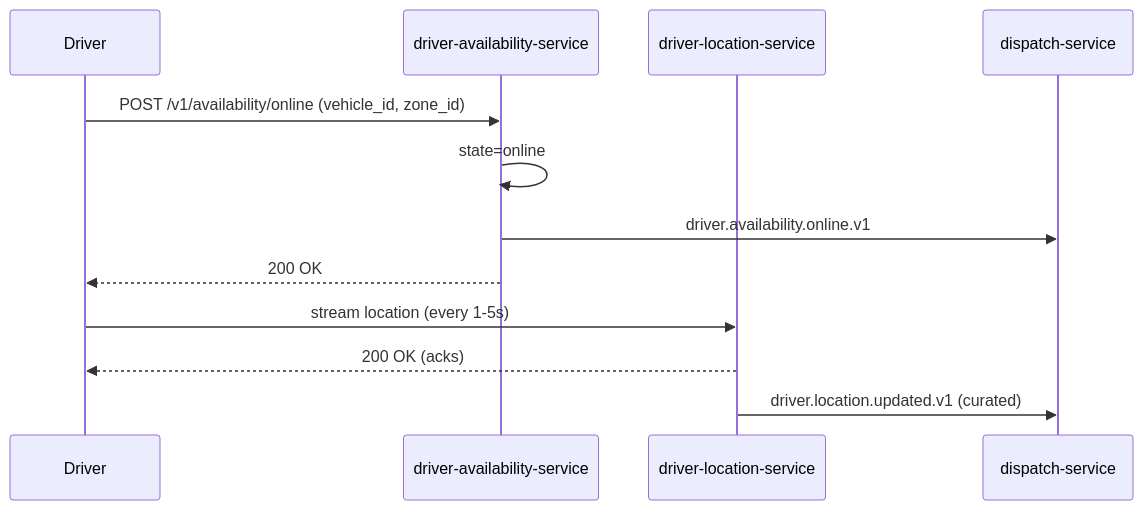
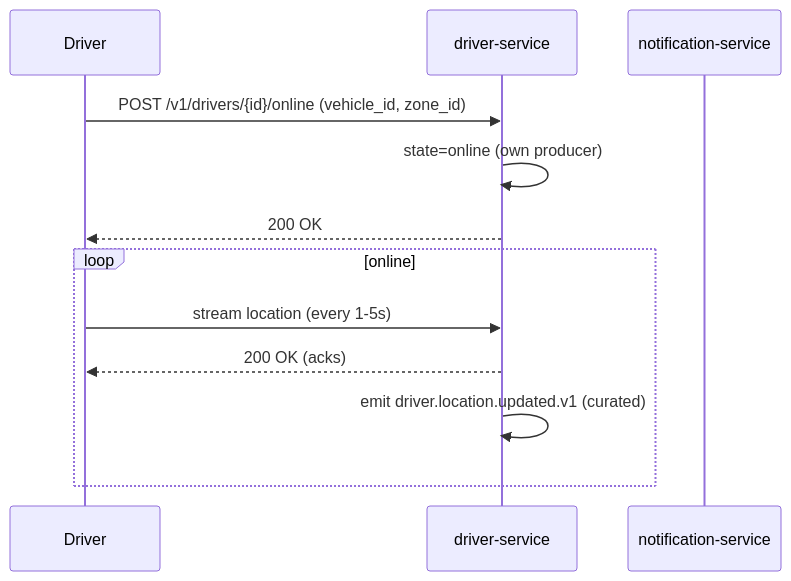
Before and after one commit to mohamedhabibwork/trips-enjoy-docs: the fourth of 14 diagrams in docs/workflows/RIDE_WORKFLOWS.md, drawn with Mermaid. The commit also changed other lines of this file and 525 other files, not shown here.

````diff
--- a/docs/workflows/RIDE_WORKFLOWS.md
+++ b/docs/workflows/RIDE_WORKFLOWS.md
@@ -100,15 +96,15 @@
 ```mermaid
 sequenceDiagram
     participant DR as Driver
-    participant DA as driver-availability-service
-    participant DL as driver-location-service
-    participant DSP as dispatch-service
+    participant DRV as driver-service
+    participant NOT as notification-service
 
-    DR->>DA: POST /v1/availability/online (vehicle_id, zone_id)
-    DA->>DA: state=online
-    DA->>DSP: driver.availability.online.v1
-    DA-->>DR: 200 OK
-    DR->>DL: stream location (every 1-5s)
-    DL-->>DR: 200 OK (acks)
-    DL->>DSP: driver.location.updated.v1 (curated)
+    DR->>DRV: POST /v1/drivers/{id}/online (vehicle_id, zone_id)
+    DRV->>DRV: state=online (own producer)
+    DRV-->>DR: 200 OK
+    loop online
+        DR->>DRV: stream location (every 1-5s)
+        DRV-->>DR: 200 OK (acks)
+        DRV->>DRV: emit driver.location.updated.v1 (curated)
+    end
 ```
````
